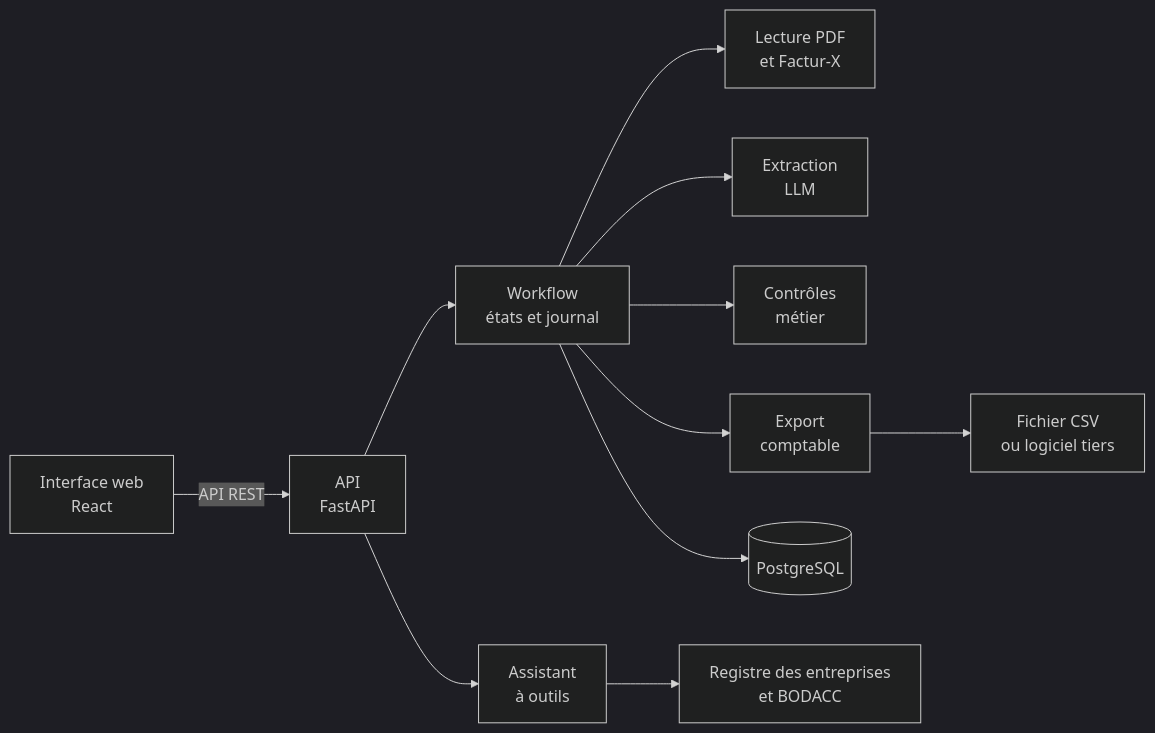
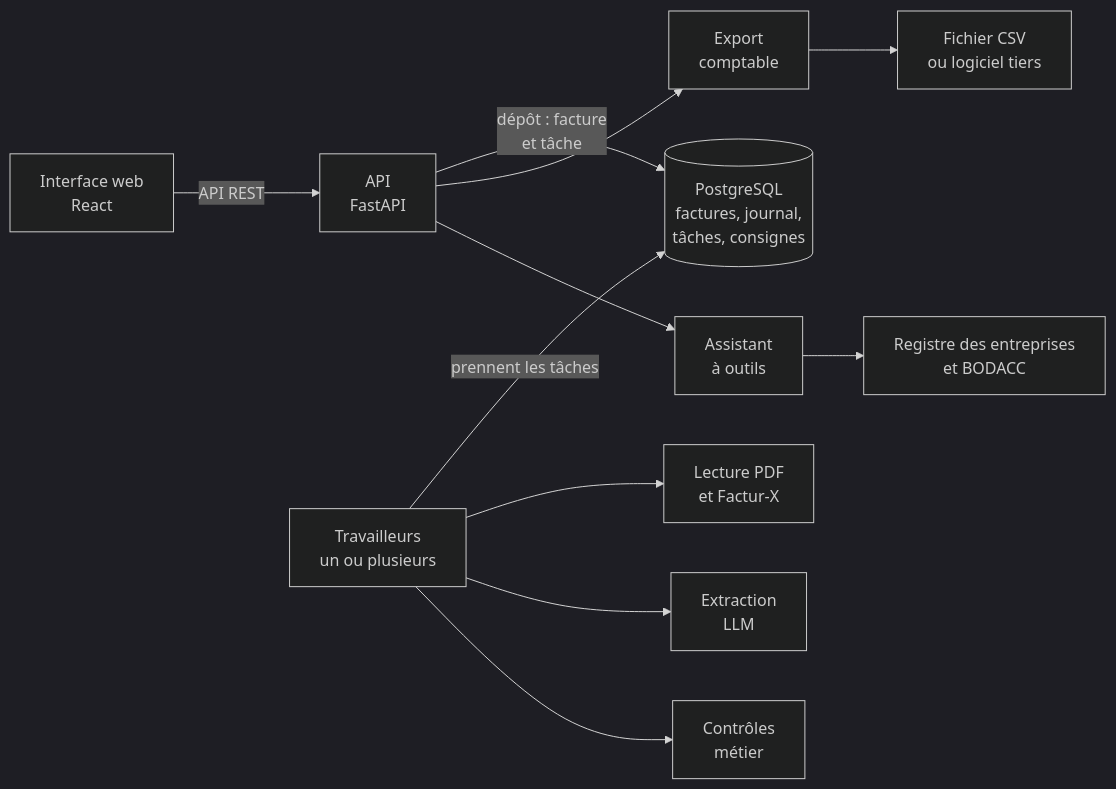
Before and after one commit to mosisgaye/docuflow: the first of 2 diagrams in README.md, drawn with Mermaid (dark theme). The commit also changed other lines of this file, not shown here.

First line of the commit message:
docs: file de tâches, migrations et consignes versionnées

````diff
--- a/README.md
+++ b/README.md
@@ -32,13 +32,13 @@
 ```mermaid
 flowchart LR
     U[Interface web<br/>React] -->|API REST| A[API<br/>FastAPI]
-    A --> W[Workflow<br/>états et journal]
-    W --> L[Lecture PDF<br/>et Factur-X]
-    W --> X[Extraction<br/>LLM]
-    W --> C[Contrôles<br/>métier]
-    W --> E[Export<br/>comptable]
+    A -->|dépôt : facture<br/>et tâche| B[(PostgreSQL<br/>factures, journal,<br/>tâches, consignes)]
+    T[Travailleurs<br/>un ou plusieurs] -->|prennent les tâches| B
+    T --> L[Lecture PDF<br/>et Factur-X]
+    T --> X[Extraction<br/>LLM]
+    T --> C[Contrôles<br/>métier]
+    A --> E[Export<br/>comptable]
     A --> G[Assistant<br/>à outils]
     G --> V[Registre des entreprises<br/>et BODACC]
-    W --> B[(PostgreSQL)]
     E --> F[Fichier CSV<br/>ou logiciel tiers]
 ```
````
